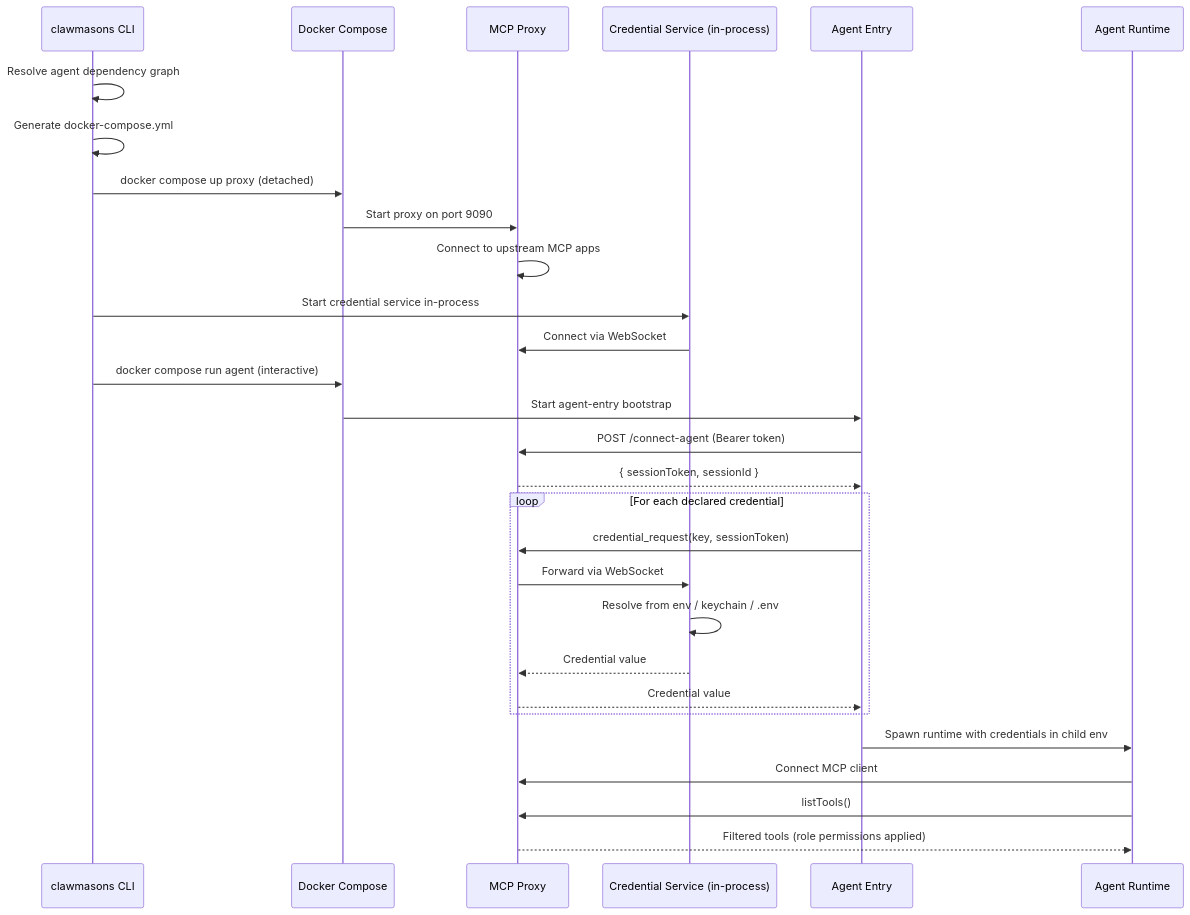
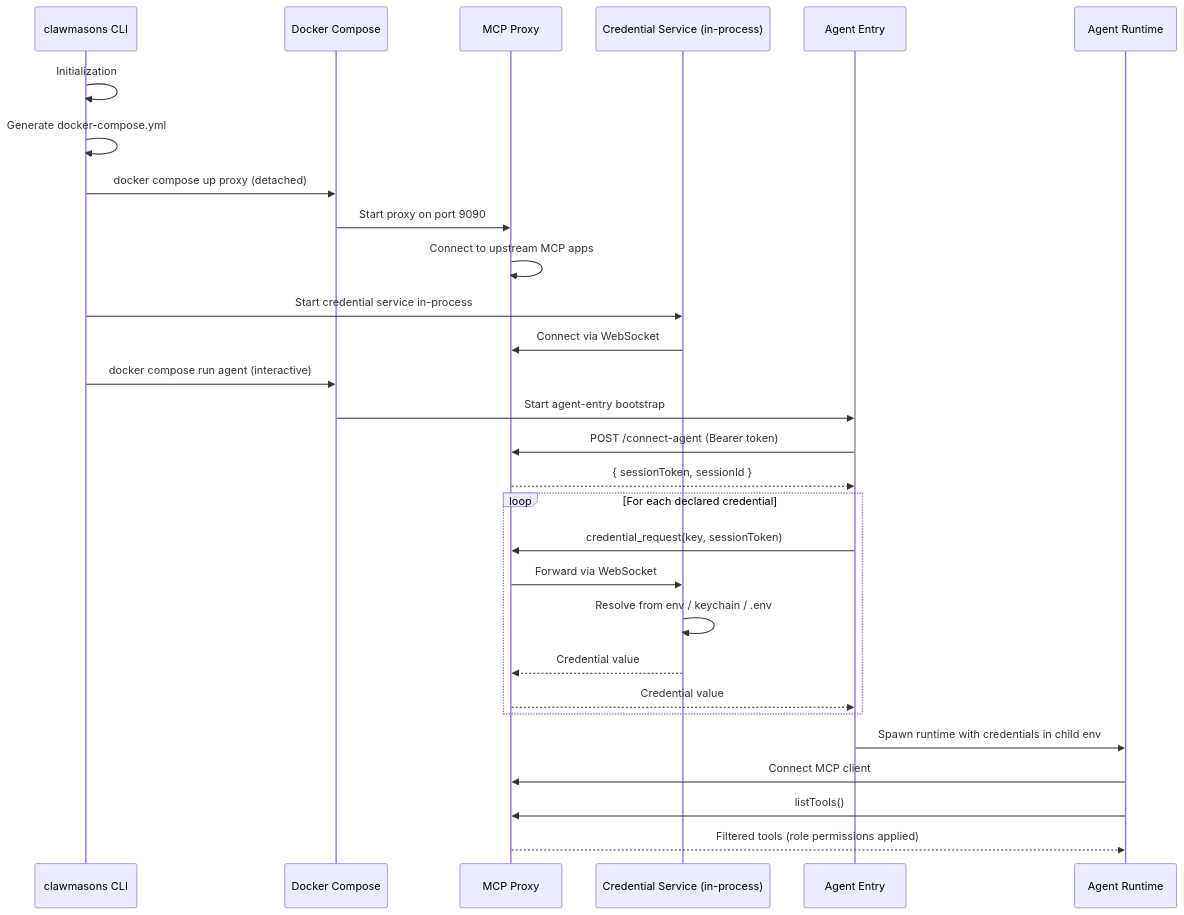
One commit to clawmasons/mason changed the second of 5 diagrams in docs/architecture.md. Above: the diagram before and after it, drawn with Mermaid. The commit also changed other lines of this file and 7 other files, not shown here.

````diff
--- a/docs/architecture.md
+++ b/docs/architecture.md
@@ -30,34 +30,34 @@
 ```mermaid
 sequenceDiagram
     participant CLI as clawmasons CLI
     participant DC as Docker Compose
     participant Proxy as MCP Proxy
     participant CS as Credential Service (in-process)
     participant AE as Agent Entry
     participant Agent as Agent Runtime
 
-    CLI->>CLI: Resolve agent dependency graph
+    CLI->>CLI: Initialization
     CLI->>CLI: Generate docker-compose.yml
     CLI->>DC: docker compose up proxy (detached)
     DC->>Proxy: Start proxy on port 9090
     Proxy->>Proxy: Connect to upstream MCP apps
     CLI->>CS: Start credential service in-process
     CS->>Proxy: Connect via WebSocket
     CLI->>DC: docker compose run agent (interactive)
     DC->>AE: Start agent-entry bootstrap
     AE->>Proxy: POST /connect-agent (Bearer token)
     Proxy-->>AE: { sessionToken, sessionId }
 
     loop For each declared credential
         AE->>Proxy: credential_request(key, sessionToken)
         Proxy->>CS: Forward via WebSocket
         CS->>CS: Resolve from env / keychain / .env
         CS-->>Proxy: Credential value
         Proxy-->>AE: Credential value
     end
 
     AE->>Agent: Spawn runtime with credentials in child env
     Agent->>Proxy: Connect MCP client
     Agent->>Proxy: listTools()
     Proxy-->>Agent: Filtered tools (role permissions applied)
 ```
````
